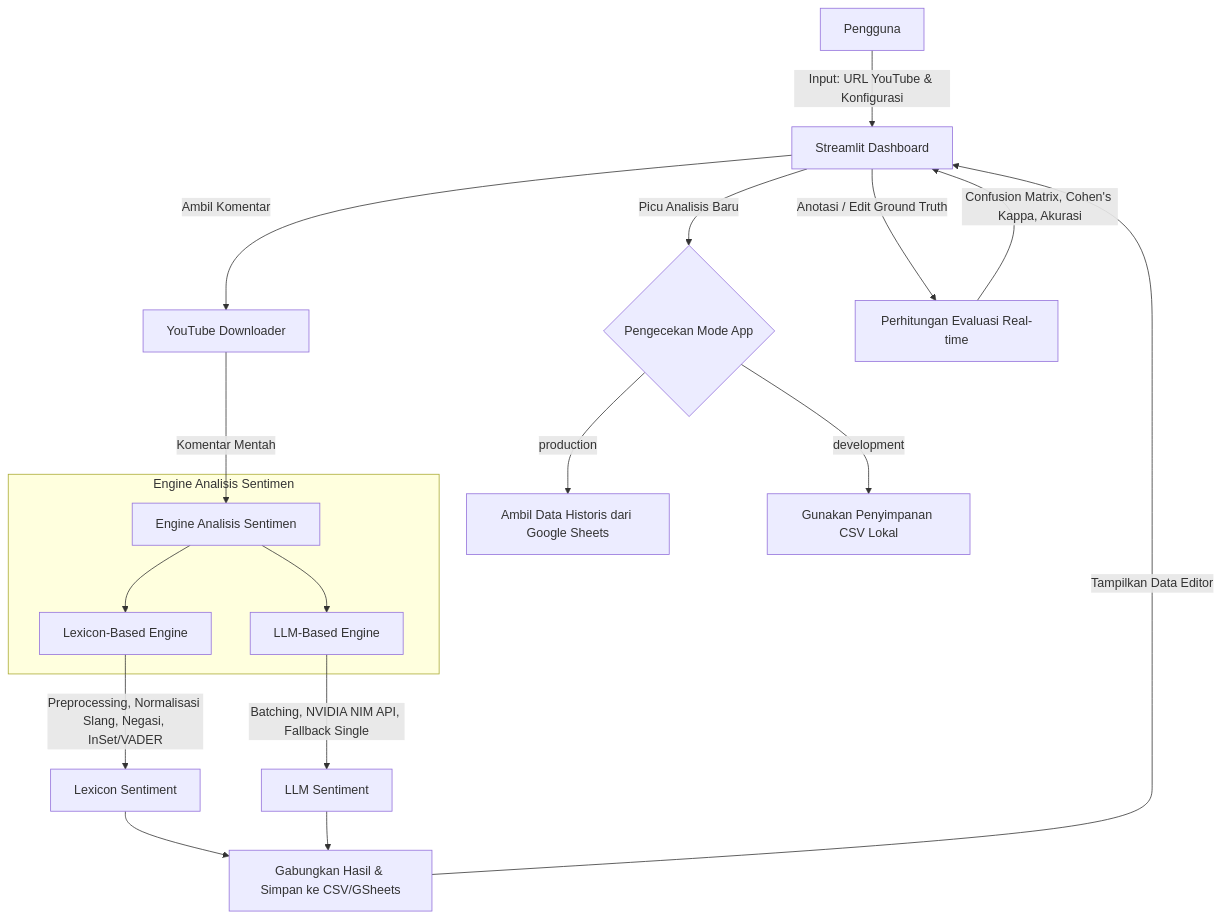
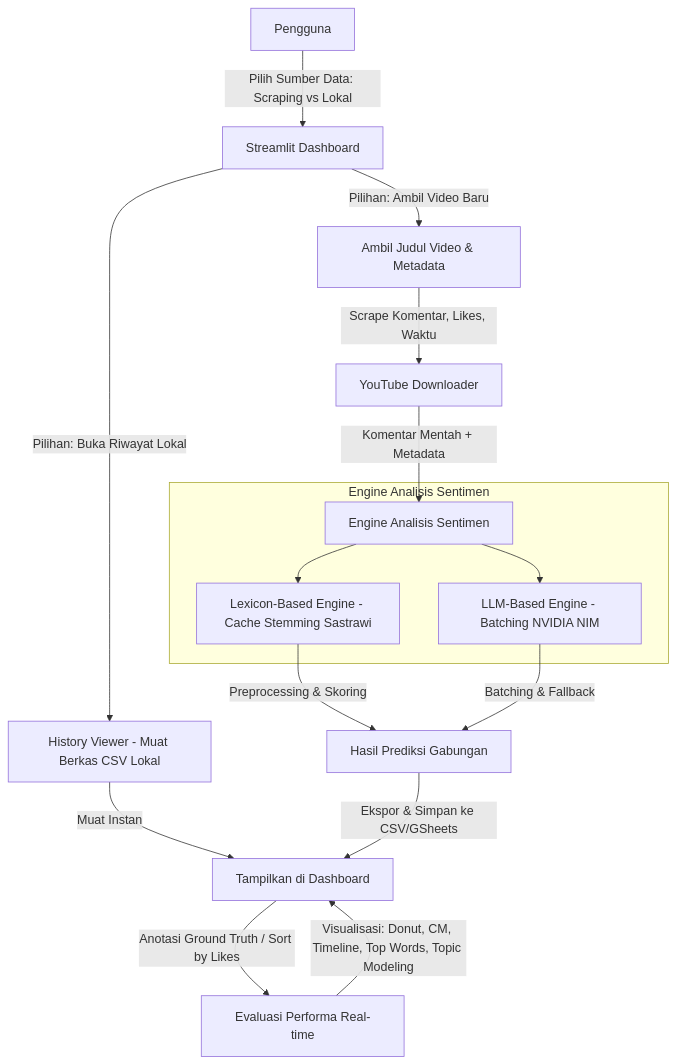
The first of 3 diagrams in README.md (itzluthfi/tugas-sentimen-analisis-yt), drawn with Mermaid before and after one commit. The commit also changed other lines of this file and 5 other files, not shown here.

Commit message:
Implement 5 new features: Time trend, word frequency, topic modeling, history loader, likes sorting, and stemming cache

````diff
--- a/README.md
+++ b/README.md
@@ -42,25 +48,22 @@
 ```mermaid
 graph TD
-    A[Pengguna] -->|Input: URL YouTube & Konfigurasi| B[Streamlit Dashboard]
-    B -->|Picu Analisis Baru| C{Pengecekan Mode App}
-    C -->|production| D[Ambil Data Historis dari Google Sheets]
-    C -->|development| E[Gunakan Penyimpanan CSV Lokal]
-    
-    B -->|Ambil Komentar| F[YouTube Downloader]
-    F -->|Komentar Mentah| G[Engine Analisis Sentimen]
+    A[Pengguna] -->|Pilih Sumber Data: Scraping vs Lokal| B[Streamlit Dashboard]
+    B -->|Pilihan: Buka Riwayat Lokal| C[History Viewer - Muat Berkas CSV Lokal]
+    B -->|Pilihan: Ambil Video Baru| D[Ambil Judul Video & Metadata]
+    D -->|Scrape Komentar, Likes, Waktu| E[YouTube Downloader]
+    E -->|Komentar Mentah + Metadata| F[Engine Analisis Sentimen]
     
     subgraph Engine Analisis Sentimen
-        G --> H[Lexicon-Based Engine]
-        G --> I[LLM-Based Engine]
+        F --> G[Lexicon-Based Engine - Cache Stemming Sastrawi]
+        F --> H[LLM-Based Engine - Batching NVIDIA NIM]
     end
     
-    H -->|Preprocessing, Normalisasi Slang, Negasi, InSet/VADER| J[Lexicon Sentiment]
-    I -->|Batching, NVIDIA NIM API, Fallback Single| K[LLM Sentiment]
+    G -->|Preprocessing & Skoring| I[Hasil Prediksi Gabungan]
+    H -->|Batching & Fallback| I
     
-    J --> L[Gabungkan Hasil & Simpan ke CSV/GSheets]
-    K --> L
+    C -->|Muat Instan| J[Tampilkan di Dashboard]
+    I -->|Ekspor & Simpan ke CSV/GSheets| J
     
-    L -->|Tampilkan Data Editor| B
-    B -->|Anotasi / Edit Ground Truth| M[Perhitungan Evaluasi Real-time]
-    M -->|Confusion Matrix, Cohen's Kappa, Akurasi| B
+    J -->|Anotasi Ground Truth / Sort by Likes| K[Evaluasi Performa Real-time]
+    K -->|Visualisasi: Donut, CM, Timeline, Top Words, Topic Modeling| J
 ```
````
